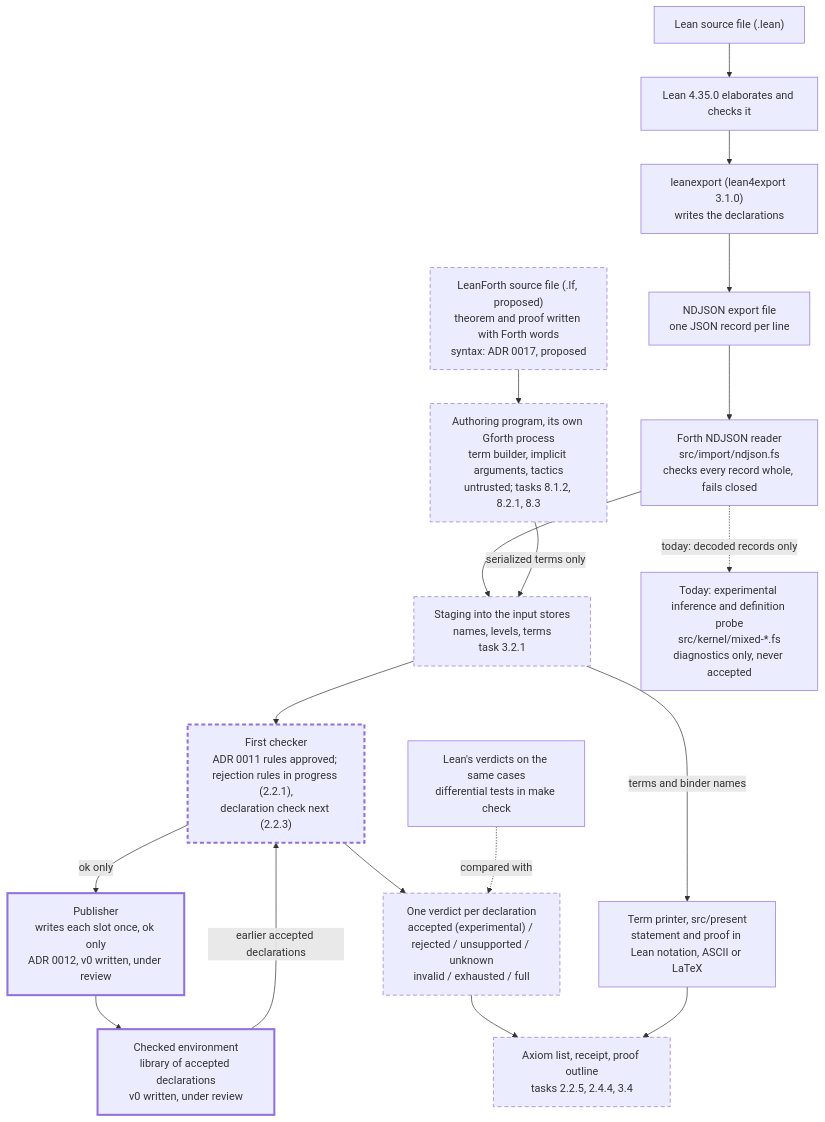
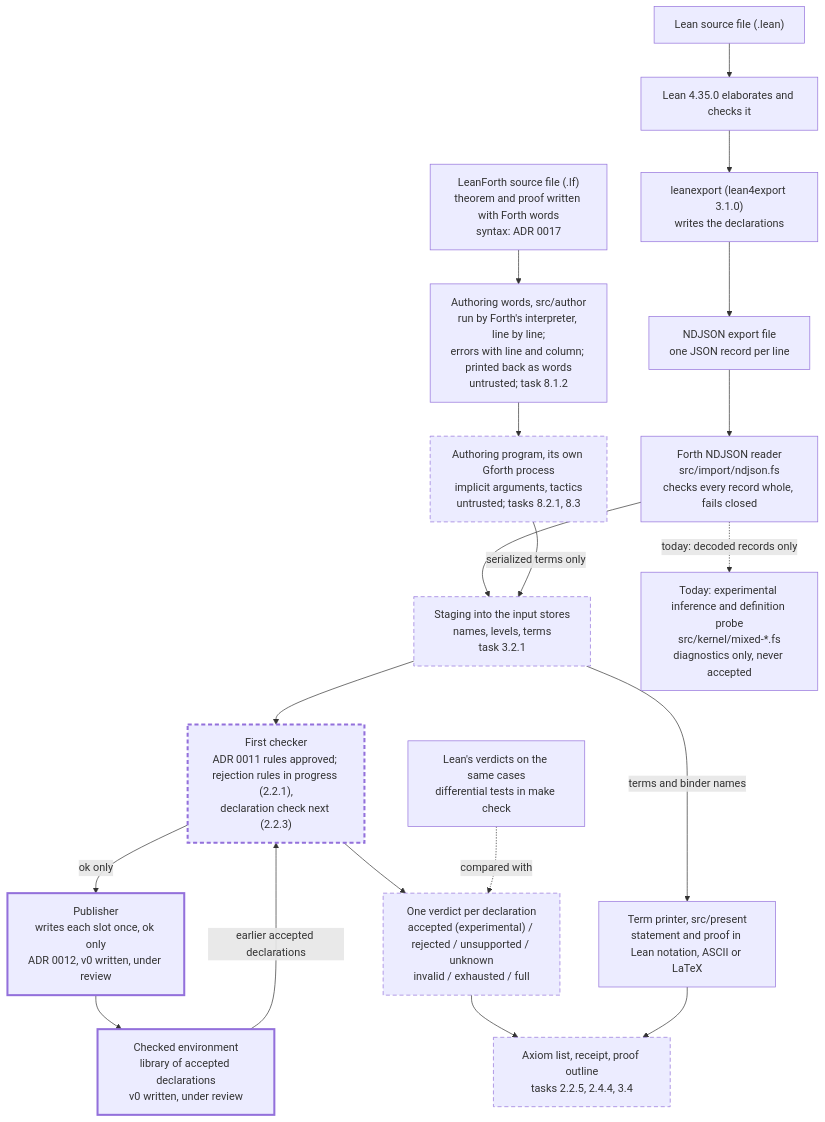
One commit to pmilford/LeanForth changed the first of 2 diagrams in docs/user/WORKFLOWS.md. Above: the diagram before and after it, drawn with Mermaid. The commit also changed other lines of this file and 26 other files, not shown here.

````diff
--- a/docs/user/WORKFLOWS.md
+++ b/docs/user/WORKFLOWS.md
@@ -30,38 +32,39 @@
 ```mermaid
 flowchart TD
   src["Lean source file (.lean)"]
-  lfsrc["LeanForth source file (.lf, proposed)<br/>theorem and proof written with Forth words<br/>syntax: ADR 0017, proposed"]
-  author["Authoring program, its own Gforth process<br/>term builder, implicit arguments, tactics<br/>untrusted; tasks 8.1.2, 8.2.1, 8.3"]
+  lfsrc["LeanForth source file (.lf)<br/>theorem and proof written with Forth words<br/>syntax: ADR 0017"]
+  author["Authoring words, src/author<br/>run by Forth's interpreter, line by line;<br/>errors with line and column; printed back as words<br/>untrusted; task 8.1.2"]
+  proc["Authoring program, its own Gforth process<br/>implicit arguments, tactics<br/>untrusted; tasks 8.2.1, 8.3"]
   lean["Lean 4.35.0 elaborates and checks it"]
   exp["leanexport (lean4export 3.1.0)<br/>writes the declarations"]
   nd["NDJSON export file<br/>one JSON record per line"]
   rd["Forth NDJSON reader<br/>src/import/ndjson.fs<br/>checks every record whole, fails closed"]
   stage["Staging into the input stores<br/>names, levels, terms<br/>task 3.2.1"]
   probe["Today: experimental inference and definition probe<br/>src/kernel/mixed-*.fs<br/>diagnostics only, never accepted"]
   chk["First checker<br/>ADR 0011 rules approved; rejection rules in progress (2.2.1),<br/>declaration check next (2.2.3)"]
   pub["Publisher<br/>writes each slot once, ok only<br/>ADR 0012, v0 written, under review"]
   env["Checked environment<br/>library of accepted declarations<br/>v0 written, under review"]
   out["One verdict per declaration<br/>accepted (experimental) / rejected / unsupported / unknown<br/>invalid / exhausted / full"]
   print["Term printer, src/present<br/>statement and proof in Lean notation, ASCII or LaTeX"]
   more["Axiom list, receipt, proof outline<br/>tasks 2.2.5, 2.4.4, 3.4"]
   ref["Lean's verdicts on the same cases<br/>differential tests in make check"]
 
   src --> lean --> exp --> nd --> rd
-  lfsrc --> author
+  lfsrc --> author --> proc
   rd --> stage
-  author -- "serialized terms only" --> stage
+  proc -- "serialized terms only" --> stage
   stage --> chk
   chk -- "ok only" --> pub --> env
   env -- "earlier accepted declarations" --> chk
   chk --> out --> more
   stage -- "terms and binder names" --> print
   print --> more
   rd -. "today: decoded records only" .-> probe
   ref -. "compared with" .-> out
 
   classDef planned stroke-dasharray: 6 4
   classDef gate stroke-width: 3px
-  class stage,out,more,lfsrc,author planned
+  class stage,out,more,proc planned
   class chk planned
   class chk,pub,env gate
 ```
````
